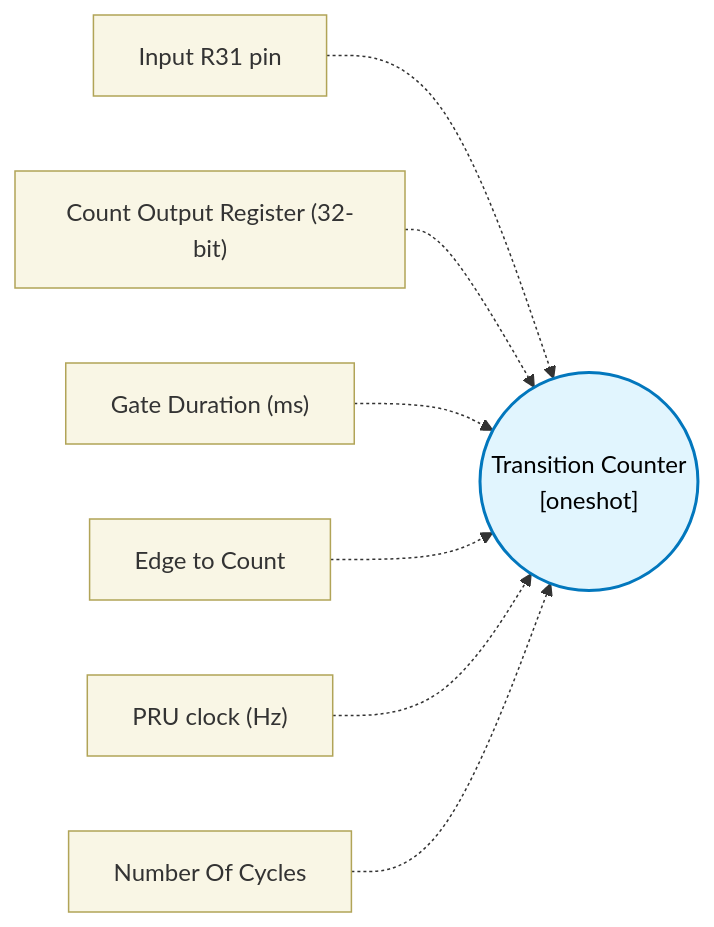
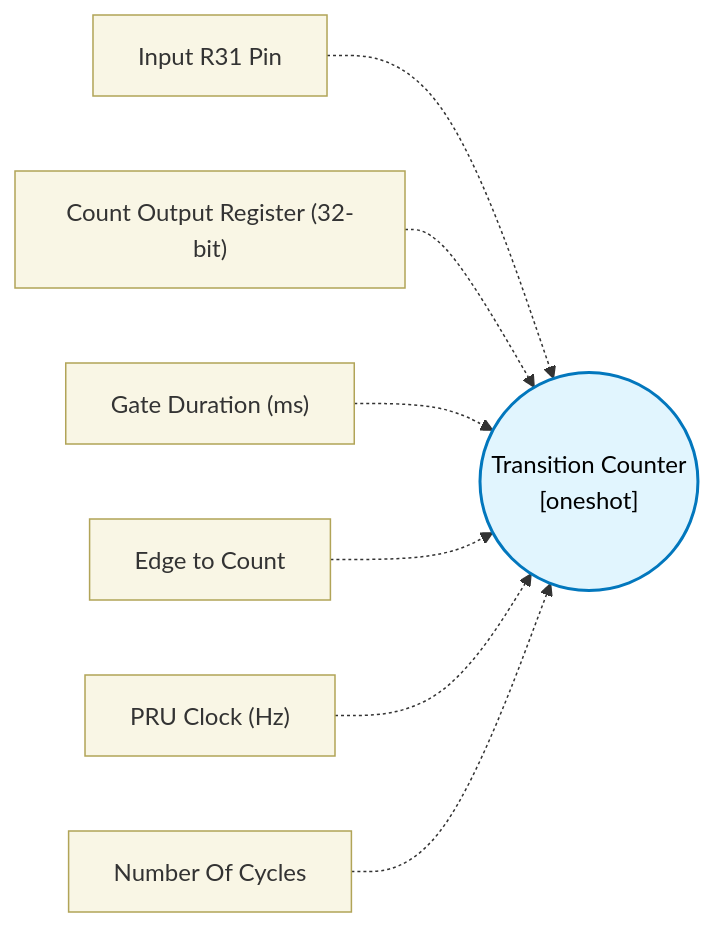
Before and after one commit to TexasInstruments/pru-no-code-tool: the diagram in docs/block-reference/blocks/counter_block/design.md, drawn with Mermaid. The commit also changed other lines of this file and 89 other files, not shown here.

````diff
--- a/docs/block-reference/blocks/counter_block/design.md
+++ b/docs/block-reference/blocks/counter_block/design.md
@@ -11,12 +11,12 @@
 ```mermaid
 flowchart LR
   classDef config fill:#f9f6e5,stroke:#b1a457,stroke-width:1px,color:#333;
   classDef core fill:#e1f5fe,stroke:#0277bd,stroke-width:2px,color:#000;
   CORE(("Transition Counter\n[oneshot]")):::core
-  CFG0["Input R31 pin"]:::config -.-> CORE
+  CFG0["Input R31 Pin"]:::config -.-> CORE
   CFG1["Count Output Register (32-bit)"]:::config -.-> CORE
   CFG2["Gate Duration (ms)"]:::config -.-> CORE
   CFG3["Edge to Count"]:::config -.-> CORE
-  CFG4["PRU clock (Hz)"]:::config -.-> CORE
+  CFG4["PRU Clock (Hz)"]:::config -.-> CORE
   CFG5["Number Of Cycles"]:::config -.-> CORE
 ```
````
